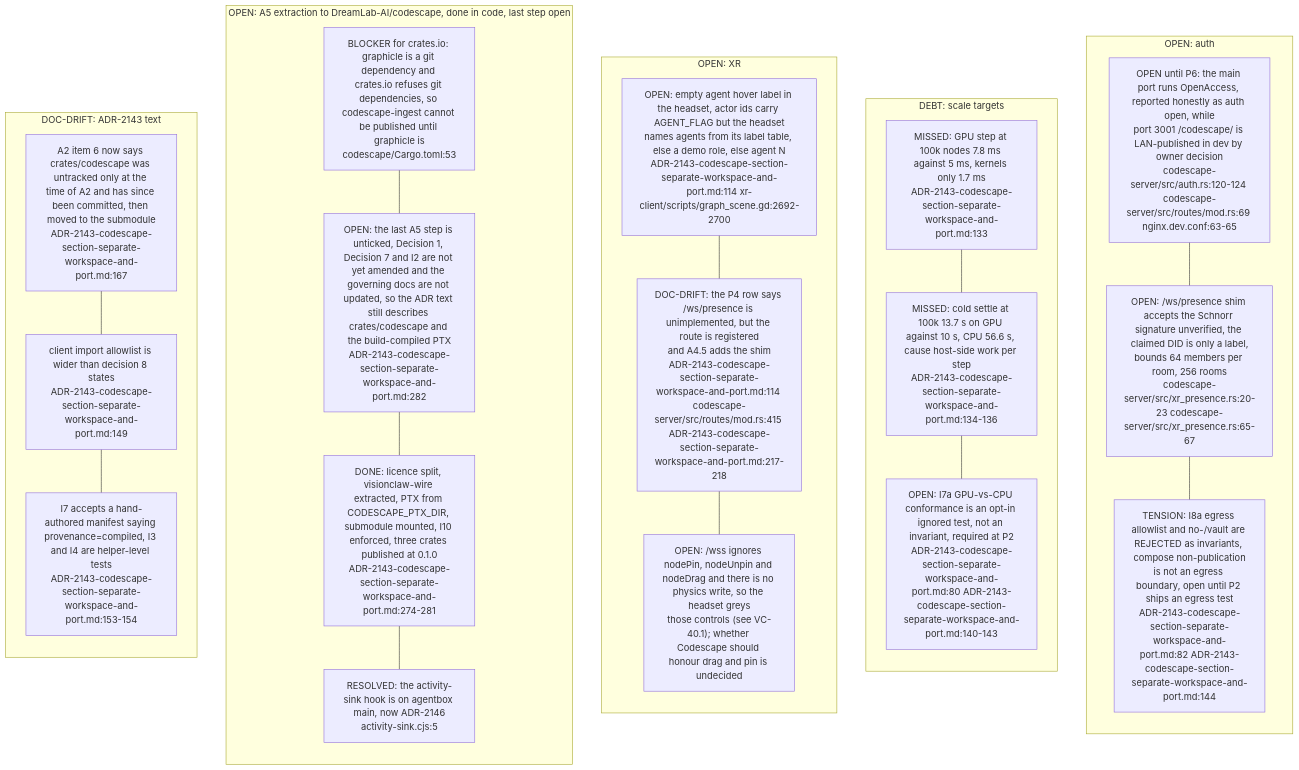
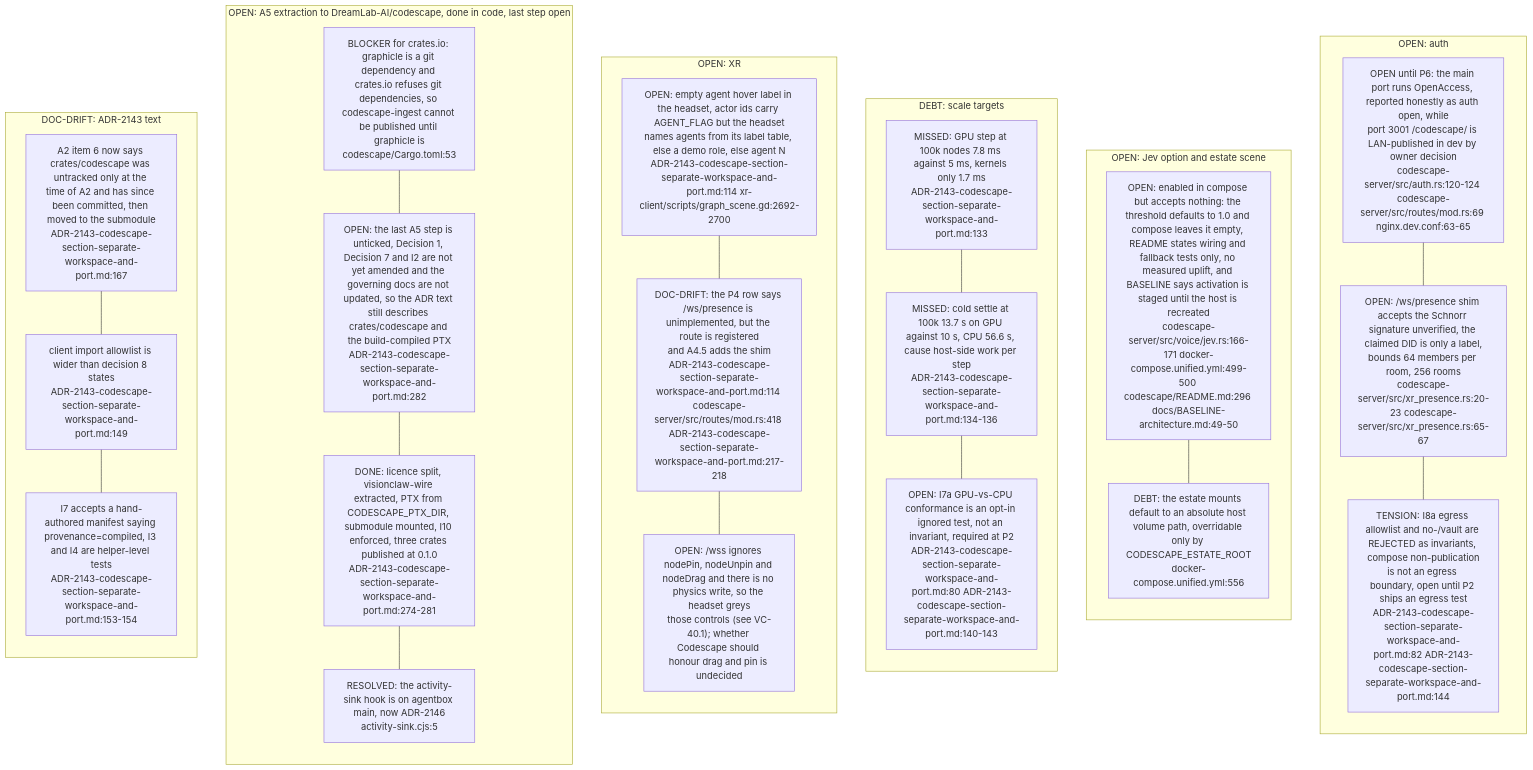
The seventh of 7 diagrams in docs/diagrams/visionclaw/39-codescape.md (DreamLab-AI/VisionFlow), drawn with Mermaid before and after one commit. The commit also changed other lines of this file and 145 other files, not shown here.

````diff
--- a/docs/diagrams/visionclaw/39-codescape.md
+++ b/docs/diagrams/visionclaw/39-codescape.md
@@ -323,39 +334,45 @@
 ```mermaid
 flowchart TB
     subgraph SEC["OPEN: auth"]
         direction TB
         R1["OPEN until P6: the main port runs OpenAccess, reported honestly as auth open, while<br/>port 3001 /codescape/ is LAN-published in dev by owner decision<br/>codescape-server/src/auth.rs:120-124 codescape-server/src/routes/mod.rs:69 nginx.dev.conf:63-65"]
         R2["OPEN: /ws/presence shim accepts the Schnorr signature unverified, the claimed DID is only a label,<br/>bounds 64 members per room, 256 rooms<br/>codescape-server/src/xr_presence.rs:20-23 codescape-server/src/xr_presence.rs:65-67"]
         R3["TENSION: I8a egress allowlist and no-/vault are REJECTED as invariants, compose non-publication<br/>is not an egress boundary, open until P2 ships an egress test<br/>ADR-2143-codescape-section-separate-workspace-and-port.md:82 ADR-2143-codescape-section-separate-workspace-and-port.md:144"]
         R1 --- R2 --- R3
+    end
+    subgraph JEVG["OPEN: Jev option and estate scene"]
+        direction TB
+        J1["OPEN: enabled in compose but accepts nothing: the threshold defaults to 1.0 and compose leaves it empty, README states wiring and fallback tests only, no measured uplift, and BASELINE says activation is staged until the host is recreated<br/>codescape-server/src/voice/jev.rs:166-171 docker-compose.unified.yml:499-500 codescape/README.md:296 docs/BASELINE-architecture.md:49-50"]
+        J2["DEBT: the estate mounts default to an absolute host volume path, overridable only by CODESCAPE_ESTATE_ROOT<br/>docker-compose.unified.yml:556"]
+        J1 --- J2
     end
     subgraph PERF["DEBT: scale targets"]
         direction TB
         P1["MISSED: GPU step at 100k nodes 7.8 ms against 5 ms, kernels only 1.7 ms<br/>ADR-2143-codescape-section-separate-workspace-and-port.md:133"]
         P2["MISSED: cold settle at 100k 13.7 s on GPU against 10 s, CPU 56.6 s, cause host-side work per step<br/>ADR-2143-codescape-section-separate-workspace-and-port.md:134-136"]
         P3["OPEN: I7a GPU-vs-CPU conformance is an opt-in ignored test, not an invariant, required at P2<br/>ADR-2143-codescape-section-separate-workspace-and-port.md:80 ADR-2143-codescape-section-separate-workspace-and-port.md:140-143"]
         P1 --- P2 --- P3
     end
     subgraph XRG["OPEN: XR"]
         direction TB
         X1["OPEN: empty agent hover label in the headset, actor ids carry AGENT_FLAG but the headset<br/>names agents from its label table, else a demo role, else agent N<br/>ADR-2143-codescape-section-separate-workspace-and-port.md:114 xr-client/scripts/graph_scene.gd:2692-2700"]
-        X2["DOC-DRIFT: the P4 row says /ws/presence is unimplemented, but the route is registered<br/>and A4.5 adds the shim<br/>ADR-2143-codescape-section-separate-workspace-and-port.md:114 codescape-server/src/routes/mod.rs:415 ADR-2143-codescape-section-separate-workspace-and-port.md:217-218"]
+        X2["DOC-DRIFT: the P4 row says /ws/presence is unimplemented, but the route is registered<br/>and A4.5 adds the shim<br/>ADR-2143-codescape-section-separate-workspace-and-port.md:114 codescape-server/src/routes/mod.rs:418 ADR-2143-codescape-section-separate-workspace-and-port.md:217-218"]
         X3["OPEN: /wss ignores nodePin, nodeUnpin and nodeDrag and there is no physics write, so the headset greys<br/>those controls (see VC-40.1); whether Codescape should honour drag and pin is undecided"]
         X1 --- X2 --- X3
     end
     subgraph EXT["OPEN: A5 extraction to DreamLab-AI/codescape, done in code, last step open"]
         direction TB
         E1["BLOCKER for crates.io: graphicle is a git dependency and crates.io refuses git dependencies, so codescape-ingest cannot be published until graphicle is<br/>codescape/Cargo.toml:53"]
         E2["OPEN: the last A5 step is unticked, Decision 1, Decision 7 and I2 are not yet amended and the governing docs are not updated, so the ADR text still describes crates/codescape and the build-compiled PTX<br/>ADR-2143-codescape-section-separate-workspace-and-port.md:282"]
         E3["DONE: licence split, visionclaw-wire extracted, PTX from CODESCAPE_PTX_DIR, submodule mounted, I10 enforced, three crates published at 0.1.0<br/>ADR-2143-codescape-section-separate-workspace-and-port.md:274-281"]
         E4["RESOLVED: the activity-sink hook is on agentbox main, now ADR-2146<br/>activity-sink.cjs:5"]
         E1 --- E2 --- E3 --- E4
     end
     subgraph DR["DOC-DRIFT: ADR-2143 text"]
         direction TB
         D1["A2 item 6 now says crates/codescape was untracked only at the time of A2 and has since been committed, then moved to the submodule<br/>ADR-2143-codescape-section-separate-workspace-and-port.md:167"]
         D2["client import allowlist is wider than decision 8 states<br/>ADR-2143-codescape-section-separate-workspace-and-port.md:149"]
         D3["I7 accepts a hand-authored manifest saying provenance=compiled, I3 and I4 are helper-level tests<br/>ADR-2143-codescape-section-separate-workspace-and-port.md:153-154"]
         D1 --- D2 --- D3
     end
 ```
````
